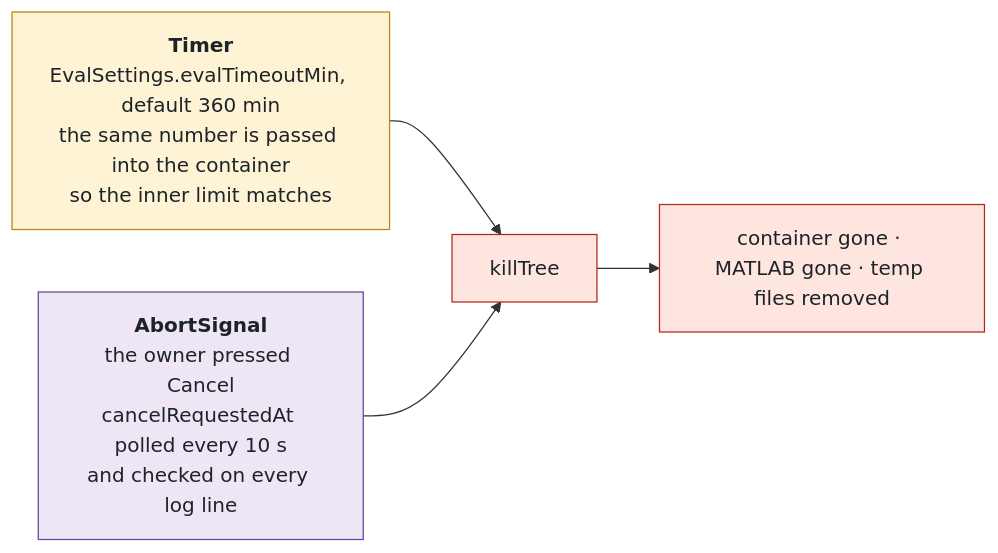
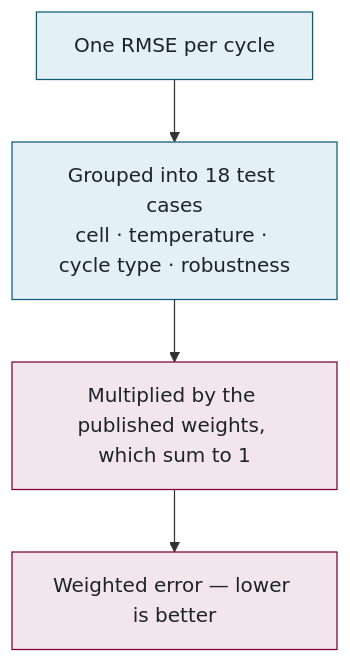
The seventh of 15 diagrams in docs/walkthrough/ALL-IN-ONE.md (McMaster-Battery-Research-Group/battery-soc-benchmark), drawn with Mermaid before and after one commit. The commit also changed other lines of this file and 53 other files, not shown here.

Commit message:
Walkthrough: rewritten shorter and plainer — 12 parts, 15 flat diagrams, glossary and reference tables at the back, no icons

````diff
--- a/docs/walkthrough/ALL-IN-ONE.md
+++ b/docs/walkthrough/ALL-IN-ONE.md
@@ -539,12 +221,10 @@
 ```mermaid
-flowchart LR
-    T["<b>Timer</b><br/>EvalSettings.evalTimeoutMin, default 360 min<br/>the same number is passed into the container<br/>so the inner limit matches"] --> K["killTree"]
-    A["<b>AbortSignal</b><br/>the owner pressed Cancel<br/>cancelRequestedAt polled every 10 s<br/>and checked on every log line"] --> K
-    K --> X["container gone · MATLAB gone · temp files removed"]
-    classDef worker fill:#FFF3D6,stroke:#B8860B,color:#1d2428
-    classDef person fill:#EFE6F5,stroke:#6B3FA0,color:#1d2428
-    classDef danger fill:#FFE5DF,stroke:#B3261E,color:#1d2428
-    class T worker
-    class A person
-    class K,X danger
+flowchart TB
+    A["One RMSE per cycle"] --> B["Grouped into 18 test cases<br/>cell · temperature · cycle type · robustness"]
+    B --> C["Multiplied by the published weights, which sum to 1"]
+    C --> D["Weighted error — lower is better"]
+    classDef data fill:#E3F0F5,stroke:#0D5D78,color:#1d2428
+    classDef web fill:#F2E6EC,stroke:#7A003C,color:#1d2428
+    class A,B data
+    class C,D web
 ```
````
